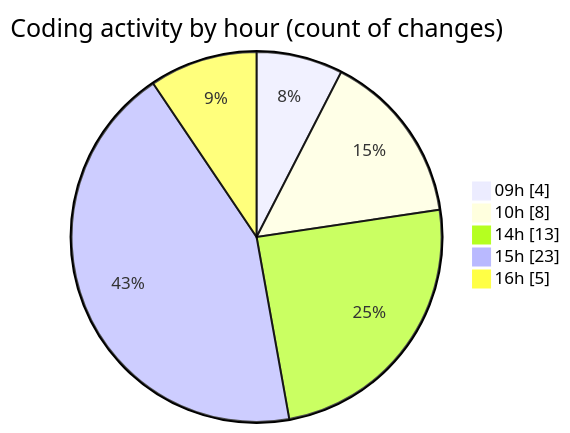
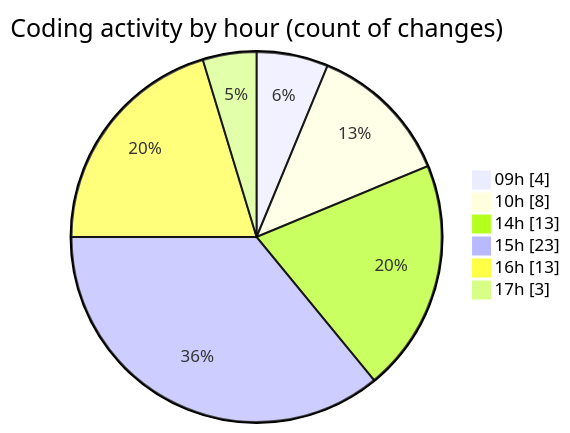
The second of 2 diagrams in 2026-03-12/cda/README.md (momahboobian/code-tracking), drawn with Mermaid before and after one commit. The commit also changed other lines of this file and 1 other file, not shown here.

````diff
--- a/2026-03-12/cda/README.md
+++ b/2026-03-12/cda/README.md
@@ -43,9 +43,10 @@
 ```mermaid
 pie showData
 title Coding activity by hour (count of changes)
 "09h" : 4
 "10h" : 8
 "14h" : 13
 "15h" : 23
-"16h" : 5
+"16h" : 13
+"17h" : 3
 ```
````
